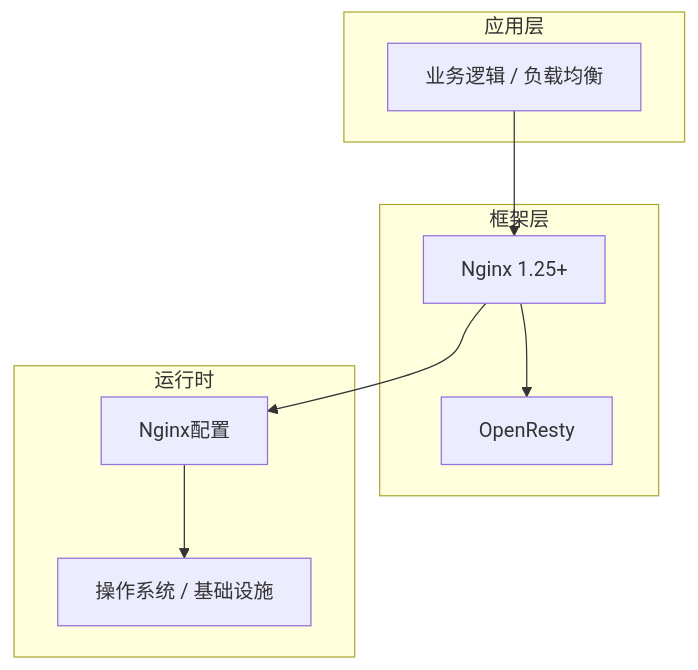
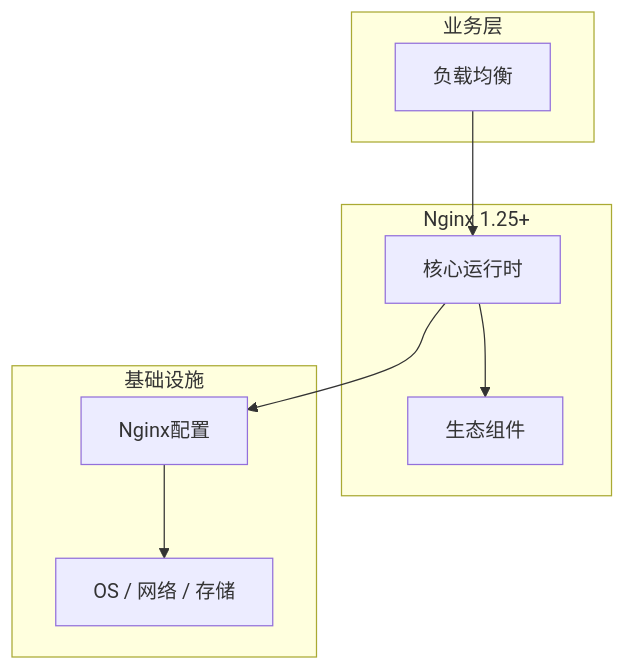
Before and after one commit to yanggan2015/knowledge-json-v2: the diagram in articles/Nginx/chapters/031-负载均衡核心概念与原理.md, drawn with Mermaid. The commit also changed other lines of this file and 10127 other files, not shown here.

````diff
--- a/articles/Nginx/chapters/031-负载均衡核心概念与原理.md
+++ b/articles/Nginx/chapters/031-负载均衡核心概念与原理.md
@@ -45,18 +34,18 @@
 ```mermaid
 graph TB
-    subgraph 应用层
-        A[业务逻辑 / 负载均衡]
+    subgraph 业务层
+        A[负载均衡]
     end
-    subgraph 框架层
-        B[Nginx 1.25+]
-        C[OpenResty]
+    subgraph Nginx 1.25+
+        B[核心运行时]
+        C[生态组件]
     end
-    subgraph 运行时
+    subgraph 基础设施
         D[Nginx配置]
-        E[操作系统 / 基础设施]
+        E[OS / 网络 / 存储]
     end
     A --> B
     B --> C
     B --> D
     D --> E
 ```
````
